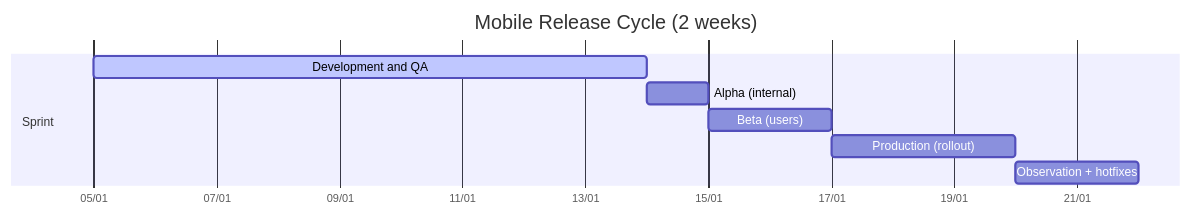
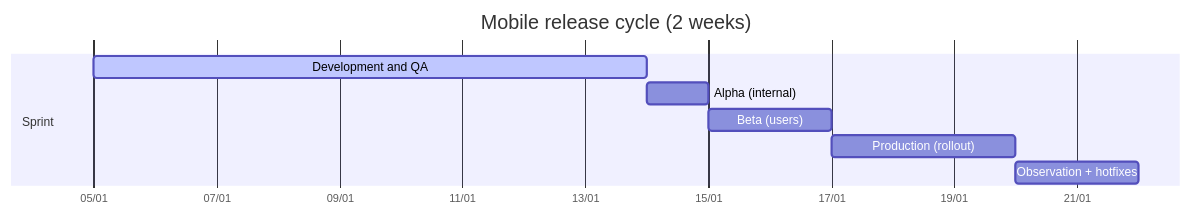
The second of 4 diagrams in src/content/blog/posts/en/software-quality-mobile-apps.mdx (danilo04/danilo04-page), drawn with Mermaid before and after one commit. The commit also changed other lines of this file and 2 other files, not shown here.

Commit message:
Latest version for software quality on mobile blog post

````diff
--- a/src/content/blog/posts/en/software-quality-mobile-apps.mdx
+++ b/src/content/blog/posts/en/software-quality-mobile-apps.mdx
@@ -84,12 +115,12 @@
 ```mermaid
 gantt
-  title Mobile Release Cycle (2 weeks)
+  title Mobile release cycle (2 weeks)
   dateFormat  YYYY-MM-DD
   axisFormat  %d/%m
   section Sprint
-  Development and QA        :active, 2026-01-05, 9d
-  Alpha (internal)          :2026-01-14, 1d
-  Beta (users)              :2026-01-15, 2d
-  Production (rollout)      :2026-01-17, 3d
-  Observation + hotfixes    :2026-01-20, 2d
+  Development and QA     :active, 2026-01-05, 9d
+  Alpha (internal)       :2026-01-14, 1d
+  Beta (users)           :2026-01-15, 2d
+  Production (rollout)   :2026-01-17, 3d
+  Observation + hotfixes :2026-01-20, 2d
 ```
````
